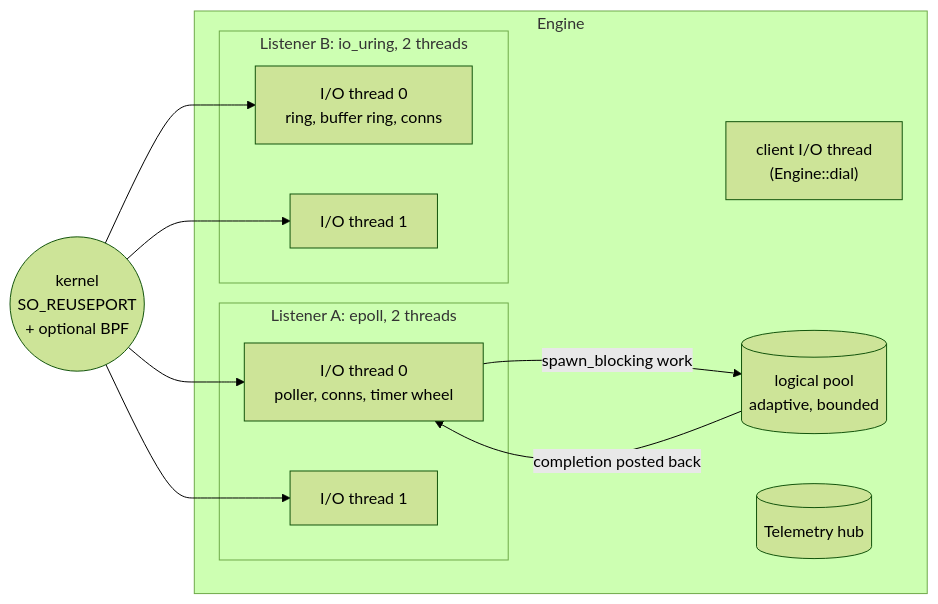
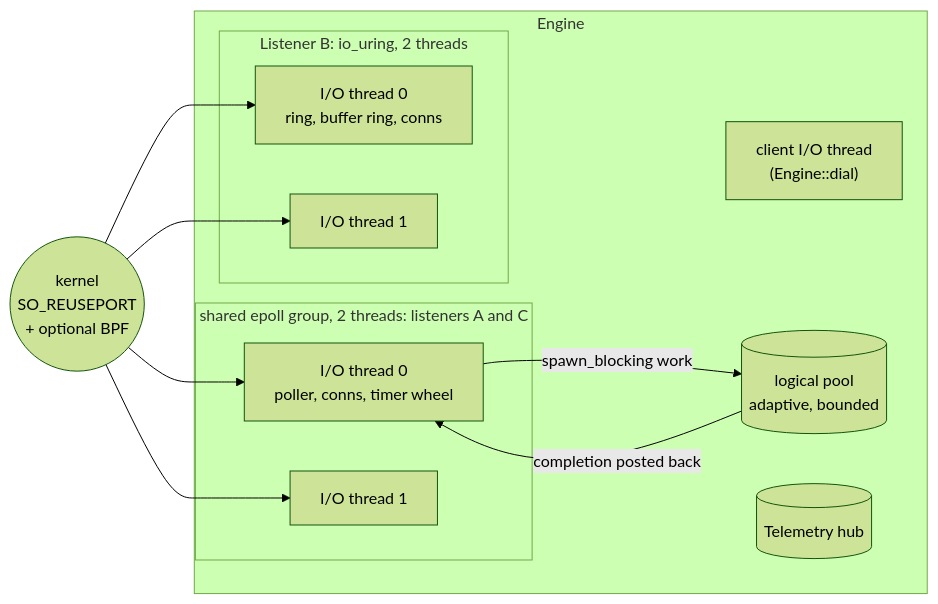
One commit to lesismal/akio changed the second of 6 diagrams in docs/architecture.md. Above: the diagram before and after it, drawn with Mermaid (forest theme). The commit also changed other lines of this file and 21 other files, not shown here.

````diff
--- a/docs/architecture.md
+++ b/docs/architecture.md
@@ -156,23 +156,23 @@
 ```mermaid
 flowchart LR
     K(("kernel<br/>SO_REUSEPORT<br/>+ optional BPF"))
     subgraph Engine
-      subgraph LA["Listener A: epoll, 2 threads"]
+      subgraph LA["shared epoll group, 2 threads: listeners A and C"]
         A0["I/O thread 0<br/>poller, conns, timer wheel"]
         A1["I/O thread 1"]
       end
       subgraph LB["Listener B: io_uring, 2 threads"]
         B0["I/O thread 0<br/>ring, buffer ring, conns"]
         B1["I/O thread 1"]
       end
       C0["client I/O thread<br/>(Engine::dial)"]
       P[("logical pool<br/>adaptive, bounded")]
       T[("Telemetry hub")]
     end
     K --> A0
     K --> A1
     K --> B0
     K --> B1
     A0 -- "spawn_blocking work" --> P
     P -- "completion posted back" --> A0
 ```
````
